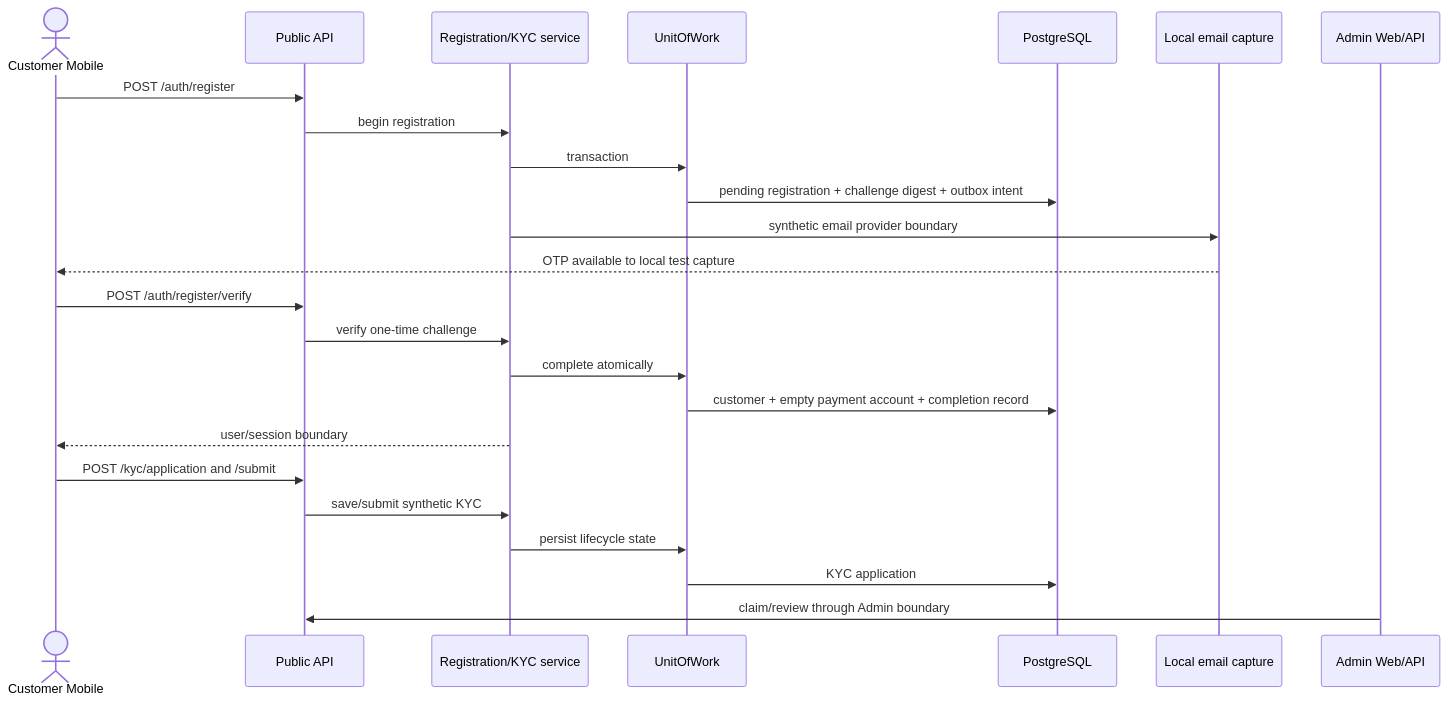
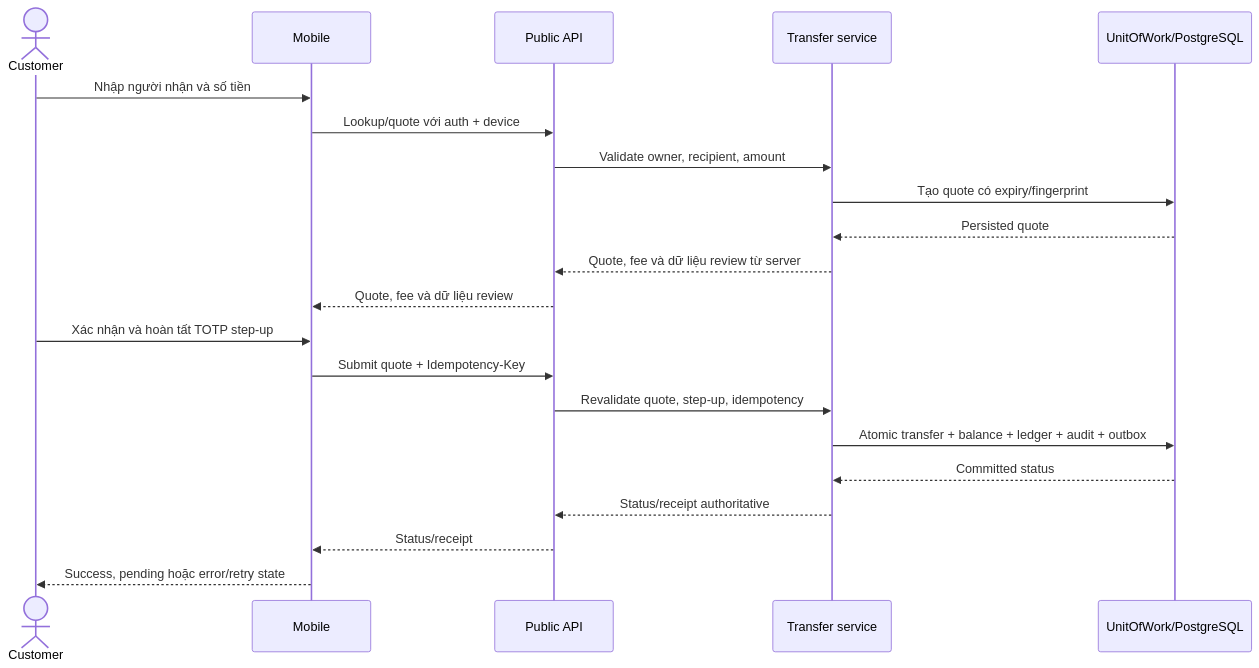
Before and after one commit to NguyenCaoKy1603/banking-system: the first of 4 diagrams in documents/02-design/sequence-core-demo.md, drawn with Mermaid. The commit also changed other lines of this file and 69 other files, not shown here.

Commit message:
docs(specification): align comprehensive 31 use-cases specification and roadmap

````diff
--- a/documents/02-design/sequence-core-demo.md
+++ b/documents/02-design/sequence-core-demo.md
@@ -8,27 +7,24 @@
-```mermaid
+~~~mermaid
 sequenceDiagram
-  actor C as Customer Mobile
-  participant P as Public API
-  participant R as Registration/KYC service
-  participant U as UnitOfWork
-  participant D as PostgreSQL
-  participant E as Local email capture
-  participant A as Admin Web/API
+  actor C as Customer
+  participant M as Mobile
+  participant API as Public API
+  participant S as Transfer service
+  participant DB as UnitOfWork/PostgreSQL
 
-  C->>P: POST /auth/register
-  P->>R: begin registration
-  R->>U: transaction
-  U->>D: pending registration + challenge digest + outbox intent
-  R->>E: synthetic email provider boundary
-  E-->>C: OTP available to local test capture
-  C->>P: POST /auth/register/verify
-  P->>R: verify one-time challenge
-  R->>U: complete atomically
-  U->>D: customer + empty payment account + completion record
-  R-->>C: user/session boundary
-  C->>P: POST /kyc/application and /submit
-  P->>R: save/submit synthetic KYC
-  R->>U: persist lifecycle state
-  U->>D: KYC application
-  A->>P: claim/review through Admin boundary
-```
+  C->>M: Nhập người nhận và số tiền
+  M->>API: Lookup/quote với auth + device
+  API->>S: Validate owner, recipient, amount
+  S->>DB: Tạo quote có expiry/fingerprint
+  DB-->>S: Persisted quote
+  S-->>API: Quote, fee và dữ liệu review từ server
+  API-->>M: Quote, fee và dữ liệu review
+  C->>M: Xác nhận và hoàn tất TOTP step-up
+  M->>API: Submit quote + Idempotency-Key
+  API->>S: Revalidate quote, step-up, idempotency
+  S->>DB: Atomic transfer + balance + ledger + audit + outbox
+  DB-->>S: Committed status
+  S-->>API: Status/receipt authoritative
+  API-->>M: Status/receipt
+  M-->>C: Success, pending hoặc error/retry state
+~~~
````
